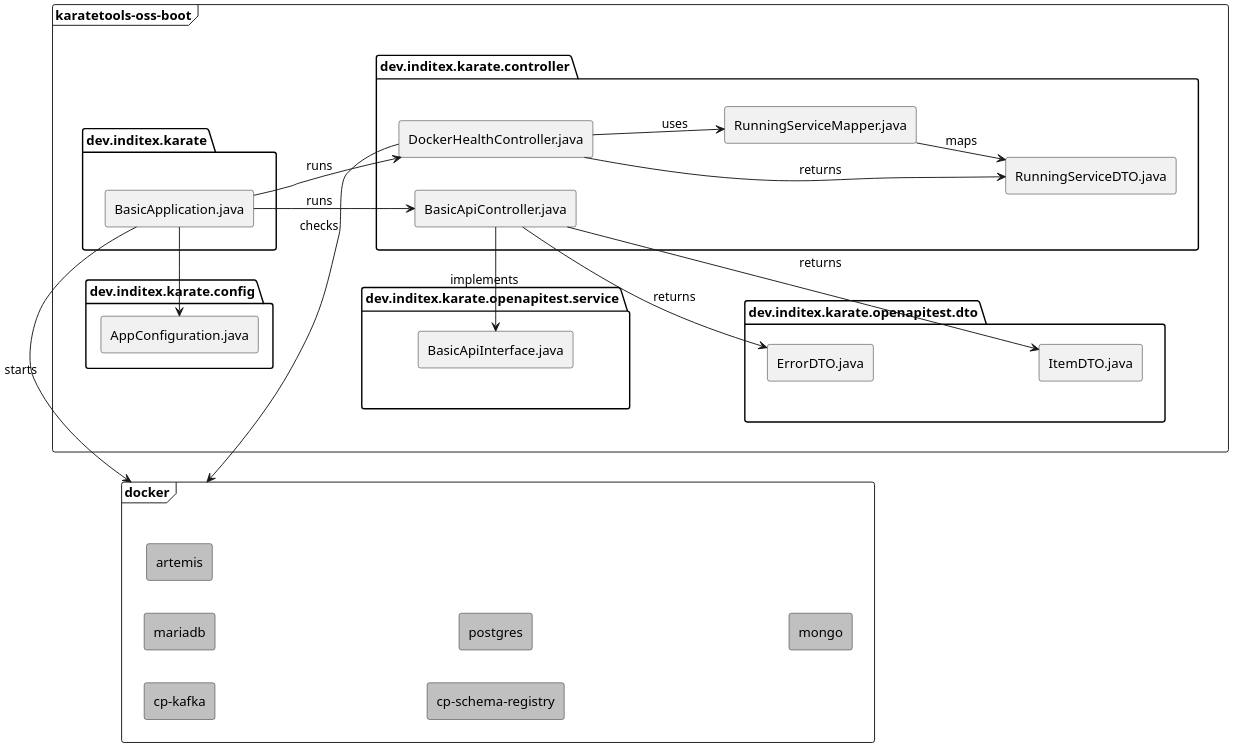
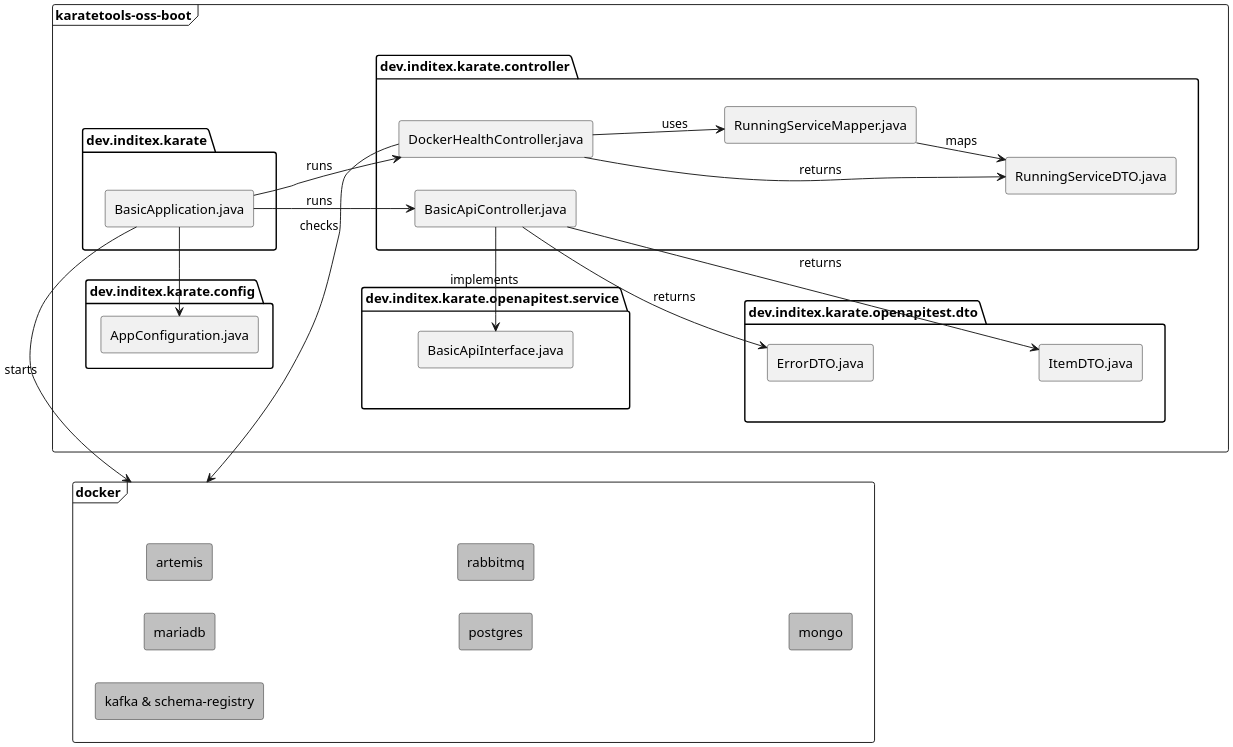
One commit to InditexTech/karatetools-oss changed the diagram in docs/src/modules/puml/partials/karatetools-oss-boot.puml. Above: the diagram before and after it, drawn with PlantUML. The commit also changed 6 other files, not shown here.

```diff
--- a/docs/src/modules/puml/partials/karatetools-oss-boot.puml
+++ b/docs/src/modules/puml/partials/karatetools-oss-boot.puml
@@ -1,70 +1,69 @@
 @startuml karatetools-oss-boot
 skinparam componentStyle rectangle
 left to right direction
 scale 2
 
 frame "karatetools-oss-boot" {
   package "dev.inditex.karate" {
     [BasicApplication.java]
   }
   package "dev.inditex.karate.config" {
     [AppConfiguration.java]
   }
   package "dev.inditex.karate.controller" {
     [BasicApiController.java]
     [DockerHealthController.java]
     [RunningServiceDTO.java]
     [RunningServiceMapper.java]
   }
   package "dev.inditex.karate.openapitest.service" {
     [BasicApiInterface.java]
   }
   package "dev.inditex.karate.openapitest.dto" {
     [ErrorDTO.java]
     [ItemDTO.java]
   }
 }
 
 ' Relationships
 
 [dev.inditex.karate] .[hidden]. [dev.inditex.karate.controller]
 [dev.inditex.karate.controller] .left[hidden]. [dev.inditex.karate.openapitest.service]
 [dev.inditex.karate.openapitest.service] .[hidden]. [dev.inditex.karate.openapitest.dto]
 
 [ErrorDTO.java] .down[hidden]. [ItemDTO.java]
 
 [BasicApplication.java] -left-> [AppConfiguration.java]
 [BasicApplication.java] --> [BasicApiController.java] : runs
 [BasicApplication.java] --> [DockerHealthController.java] : runs
 
 [BasicApiController.java] -down-> [BasicApiInterface.java] : implements
 [BasicApiController.java] -down-> [ErrorDTO.java] : returns
 [BasicApiController.java] -down-> [ItemDTO.java] : returns
 
 [DockerHealthController.java] --> [RunningServiceDTO.java] : returns
 [DockerHealthController.java] --> [RunningServiceMapper.java] : uses
 [RunningServiceMapper.java] --> [RunningServiceDTO.java] : maps
 
 frame docker {
   [artemis] #Silver
-  [cp-kafka] #Silver
-  [cp-schema-registry] #Silver
+  [rabbitmq] #Silver
+  [kafka & schema-registry] #Silver
   [mariadb] #Silver
   [mongo] #Silver
   [postgres] #Silver
 
   ' Relationships
-
   [artemis] -[hidden]left- [mariadb]
+  [artemis] -[hidden]down- [rabbitmq]
   [mariadb] -[hidden]down- [postgres]
   [postgres] -[hidden]down- [mongo]
-  [mariadb] -[hidden]left- [cp-kafka]
-  [cp-kafka] -[hidden]down- [cp-schema-registry]
+  [mariadb] -[hidden]left- [kafka & schema-registry]
 }
 
 ' Relationships
 
 [BasicApplication.java] -left-> [docker] : starts
 [DockerHealthController.java] -left-> [docker] : checks
 
 @enduml
```
